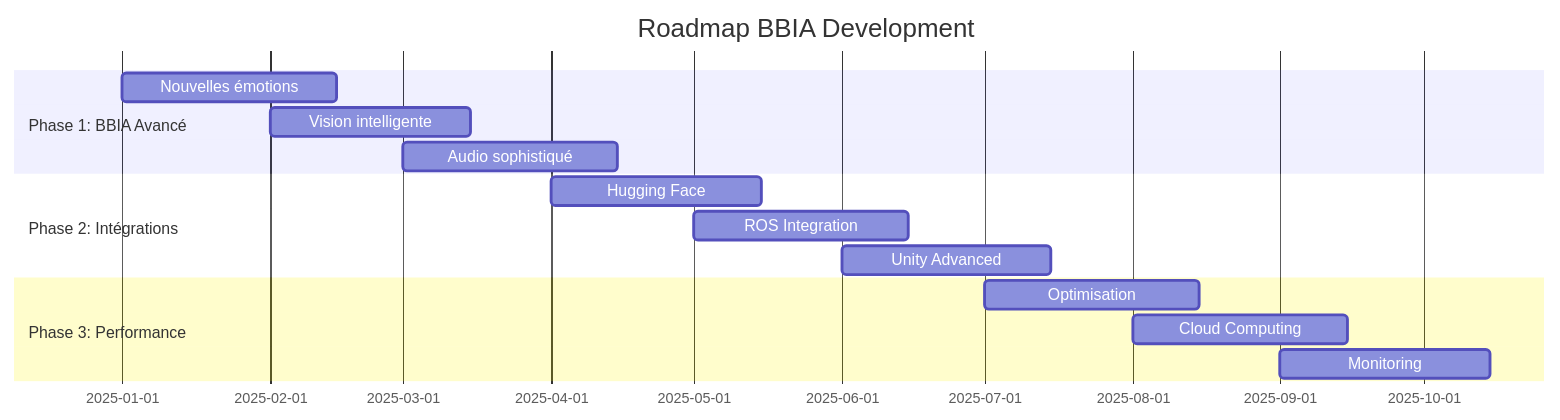
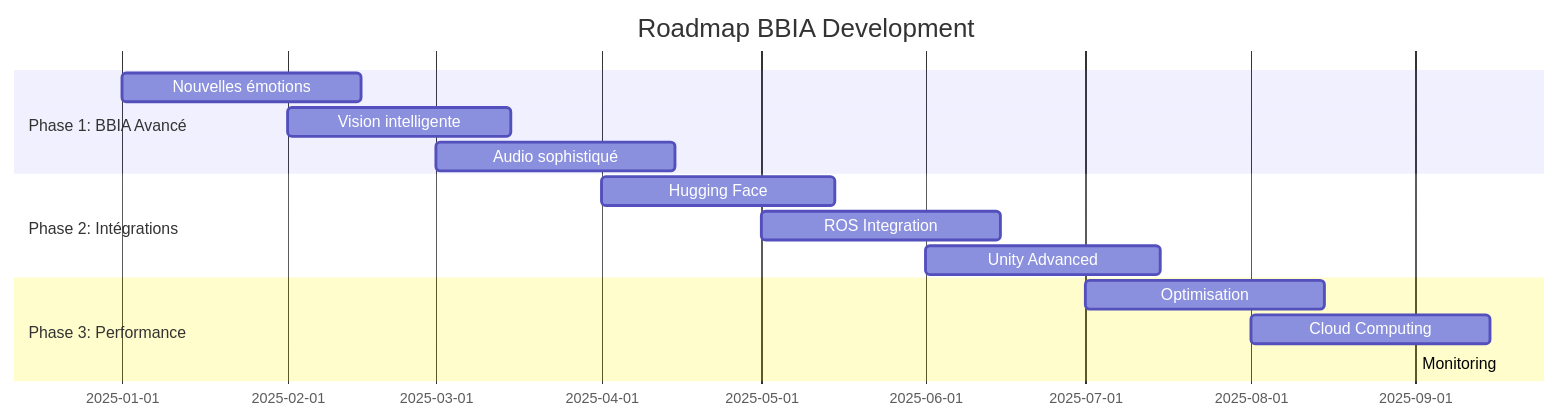
Before and after one commit to arkalia-luna-system/bbia-sim: the third of 3 diagrams in docs/archives/OPPORTUNITES_DEVELOPPEMENT.md, drawn with Mermaid. The commit also changed 11 other files, not shown here.

````diff
--- a/docs/archives/OPPORTUNITES_DEVELOPPEMENT.md
+++ b/docs/archives/OPPORTUNITES_DEVELOPPEMENT.md
@@ -70,19 +70,19 @@
 ```mermaid
 gantt
     title Roadmap BBIA Development
     dateFormat  YYYY-MM-DD
     section Phase 1: BBIA Avancé
     Nouvelles émotions        :emotions, 2025-01-01, 2025-02-15
     Vision intelligente       :vision, 2025-02-01, 2025-03-15
     Audio sophistiqué         :audio, 2025-03-01, 2025-04-15
     
     section Phase 2: Intégrations
     Hugging Face              :hf, 2025-04-01, 2025-05-15
     ROS Integration           :ros, 2025-05-01, 2025-06-15
     Unity Advanced            :unity, 2025-06-01, 2025-07-15
     
     section Phase 3: Performance
     Optimisation              :opt, 2025-07-01, 2025-08-15
     Cloud Computing           :cloud, 2025-08-01, 2025-09-15
-    Monitoring                :monitor, 2025-09-01, 2025-10-15
+    Monitoring                :monitor, 2025-09-01, Octobre 2025
 ```
````
